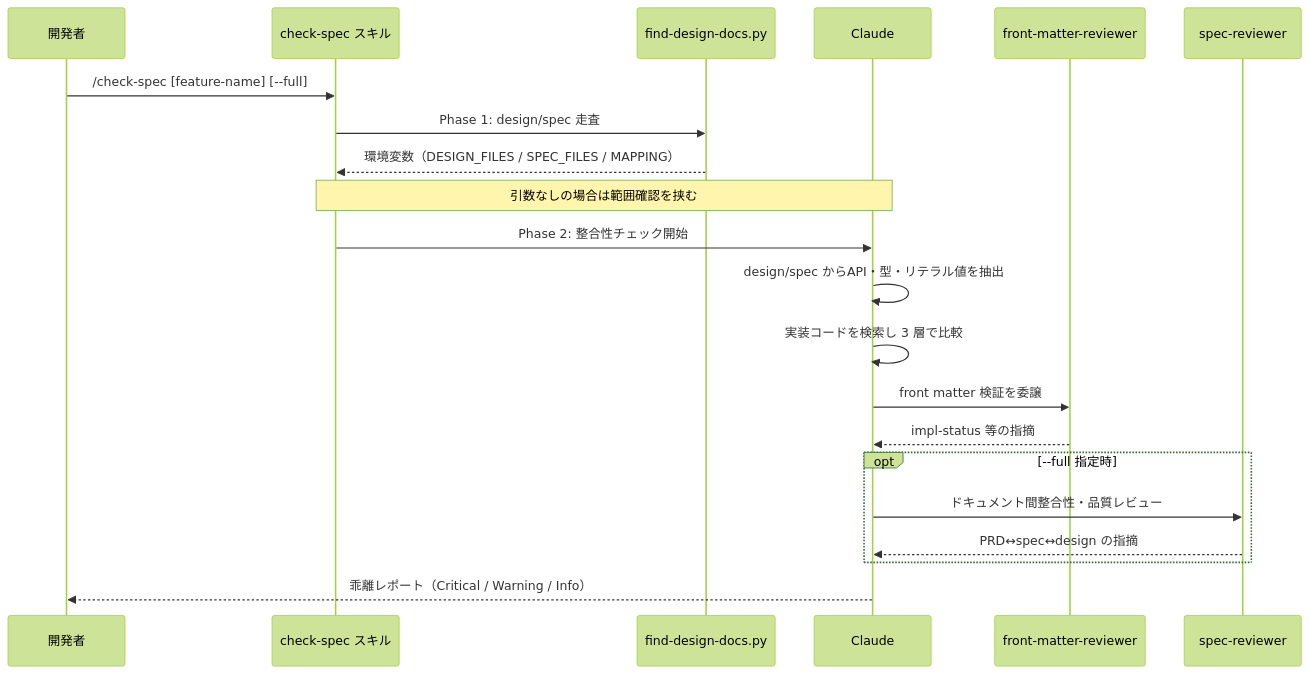
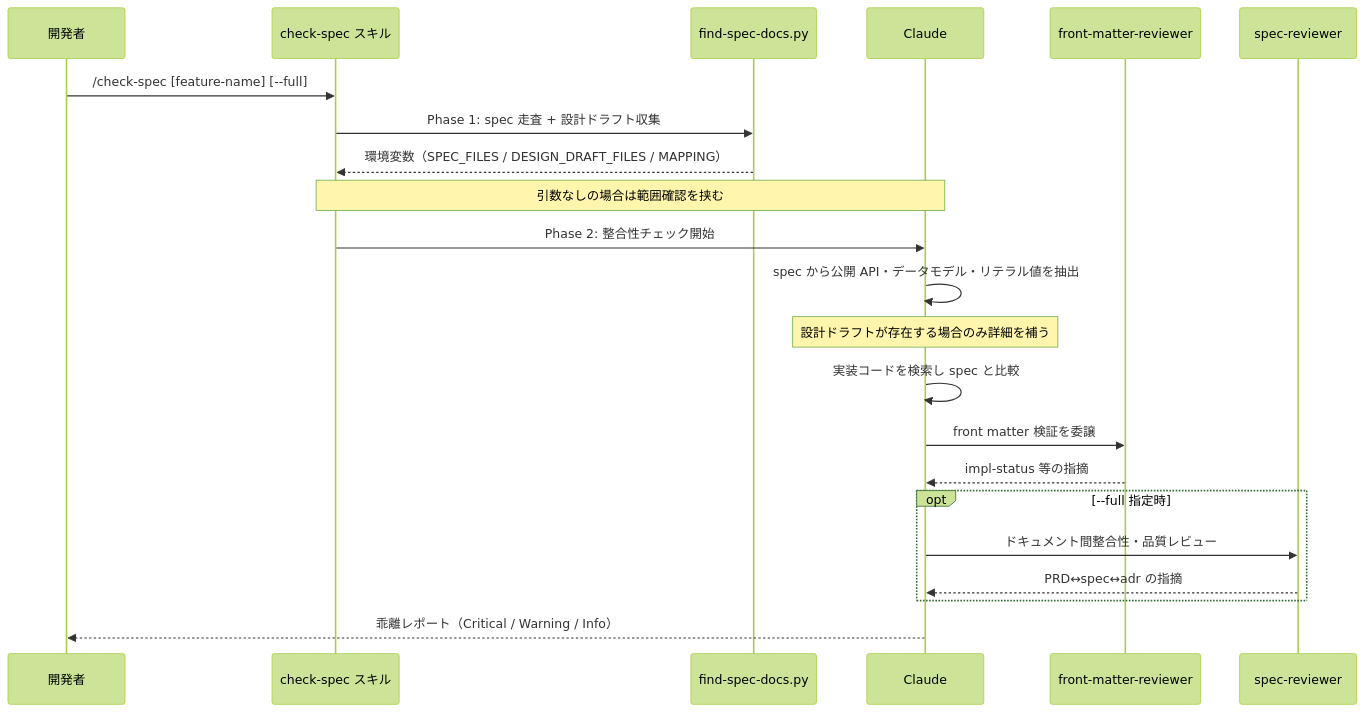
Before and after one commit to ToshikiImagawa/ai-sdd-workflow-dev: the diagram in .sdd/specification/quality-guardrails/impl-spec-check_spec.md, drawn with Mermaid (forest theme). The commit also changed other lines of this file and 35 other files, not shown here.

````diff
--- a/.sdd/specification/quality-guardrails/impl-spec-check_spec.md
+++ b/.sdd/specification/quality-guardrails/impl-spec-check_spec.md
@@ -150,24 +167,25 @@
 ```mermaid
 sequenceDiagram
     participant Dev as 開発者
     participant Skill as check-spec スキル
-    participant Script as find-design-docs.py
+    participant Script as find-spec-docs.py
     participant Claude
     participant FMR as front-matter-reviewer
     participant SR as spec-reviewer
 
     Dev ->> Skill: /check-spec [feature-name] [--full]
-    Skill ->> Script: Phase 1: design/spec 走査
-    Script -->> Skill: 環境変数（DESIGN_FILES / SPEC_FILES / MAPPING）
+    Skill ->> Script: Phase 1: spec 走査 + 設計ドラフト収集
+    Script -->> Skill: 環境変数（SPEC_FILES / DESIGN_DRAFT_FILES / MAPPING）
     Note over Skill,Claude: 引数なしの場合は範囲確認を挟む
     Skill ->> Claude: Phase 2: 整合性チェック開始
-    Claude ->> Claude: design/spec からAPI・型・リテラル値を抽出
-    Claude ->> Claude: 実装コードを検索し 3 層で比較
+    Claude ->> Claude: spec から公開 API・データモデル・リテラル値を抽出
+    Note over Claude: 設計ドラフトが存在する場合のみ詳細を補う
+    Claude ->> Claude: 実装コードを検索し spec と比較
     Claude ->> FMR: front matter 検証を委譲
     FMR -->> Claude: impl-status 等の指摘
     opt --full 指定時
         Claude ->> SR: ドキュメント間整合性・品質レビュー
-        SR -->> Claude: PRD↔spec↔design の指摘
+        SR -->> Claude: PRD↔spec↔adr の指摘
     end
     Claude -->> Dev: 乖離レポート（Critical / Warning / Info）
 ```
````
